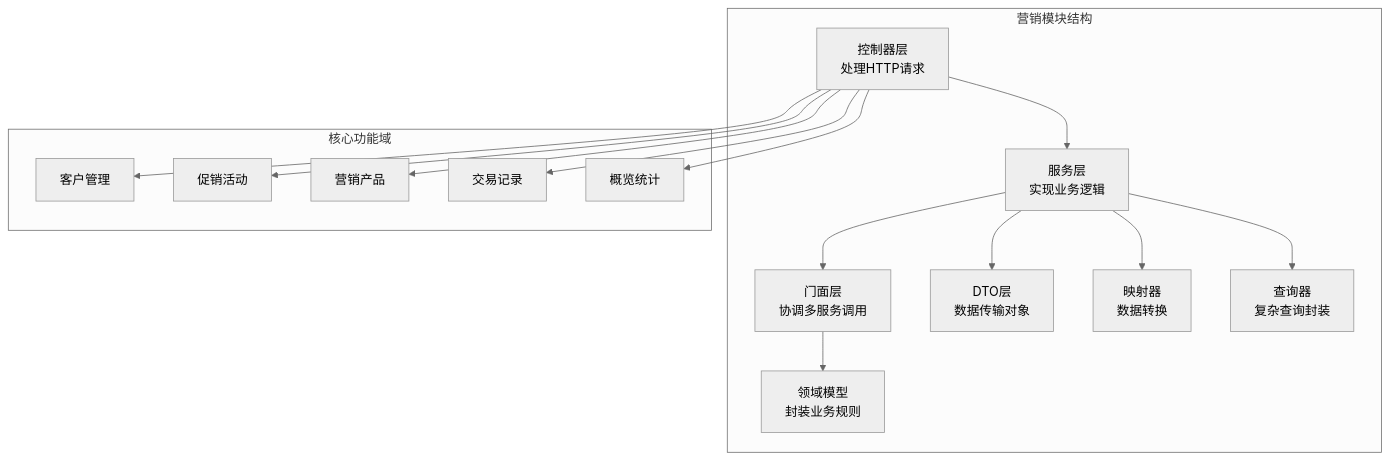
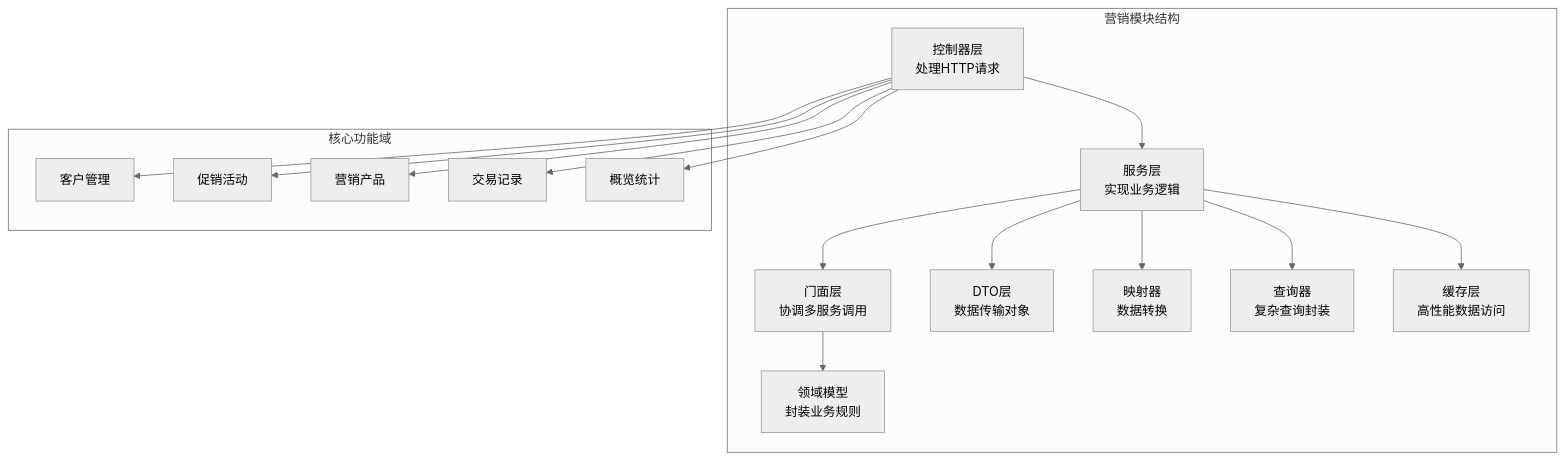
One commit to rc558620/purelyprofit-server changed the first of 28 diagrams in .qoder/repowiki/zh/content/业务模块/营销推广模块/营销推广模块.md. Above: the diagram before and after it, drawn with Mermaid (neutral theme). The commit also changed other lines of this file and 65 other files, not shown here.

````diff
--- a/.qoder/repowiki/zh/content/业务模块/营销推广模块/营销推广模块.md
+++ b/.qoder/repowiki/zh/content/业务模块/营销推广模块/营销推广模块.md
@@ -105,30 +111,32 @@
 ```mermaid
 graph TB
 subgraph "营销模块结构"
 Controllers["控制器层<br/>处理HTTP请求"]
 Services["服务层<br/>实现业务逻辑"]
 Facades["门面层<br/>协调多服务调用"]
 Domain["领域模型<br/>封装业务规则"]
 DTOs["DTO层<br/>数据传输对象"]
 Mappers["映射器<br/>数据转换"]
 Queries["查询器<br/>复杂查询封装"]
+Cache["缓存层<br/>高性能数据访问"]
 end
 subgraph "核心功能域"
 Customers["客户管理"]
 Promotions["促销活动"]
 Products["营销产品"]
 Transactions["交易记录"]
 Overview["概览统计"]
 end
 Controllers --> Services
 Services --> Facades
 Facades --> Domain
 Services --> DTOs
 Services --> Mappers
 Services --> Queries
+Services --> Cache
 Controllers --> Customers
 Controllers --> Promotions
 Controllers --> Products
 Controllers --> Transactions
 Controllers --> Overview
 ```
````
